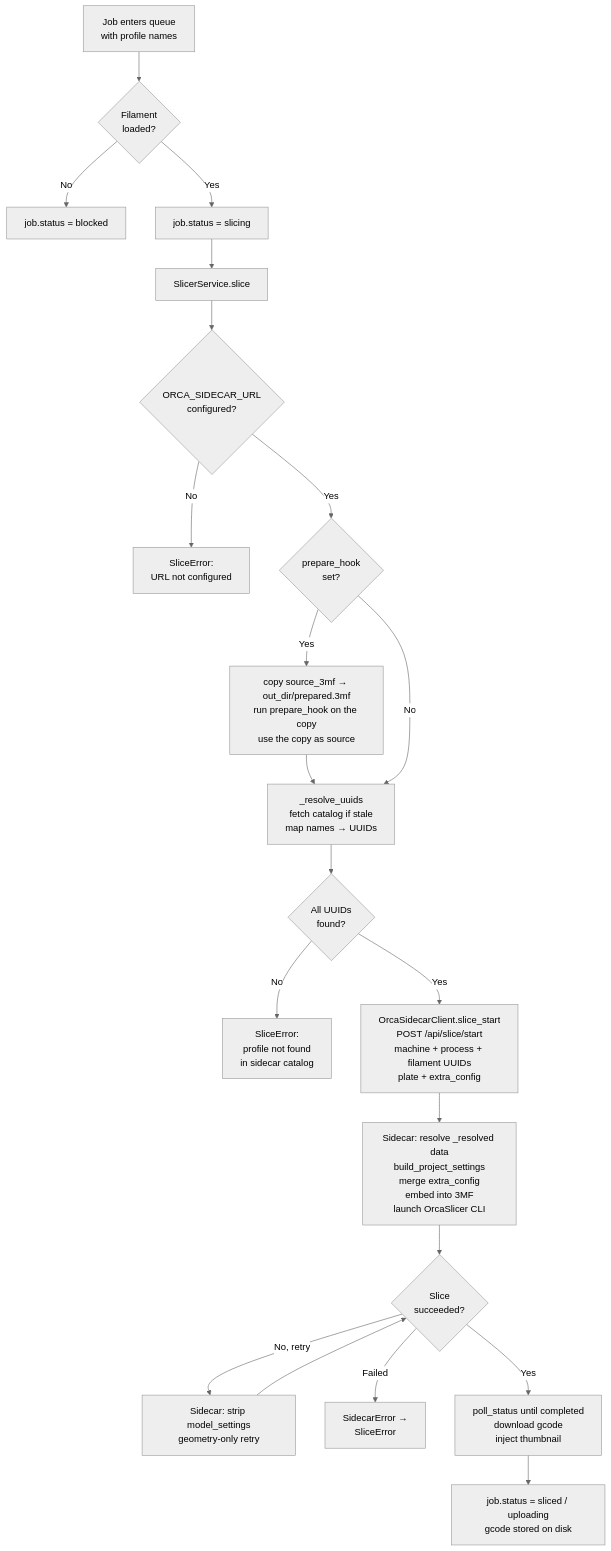
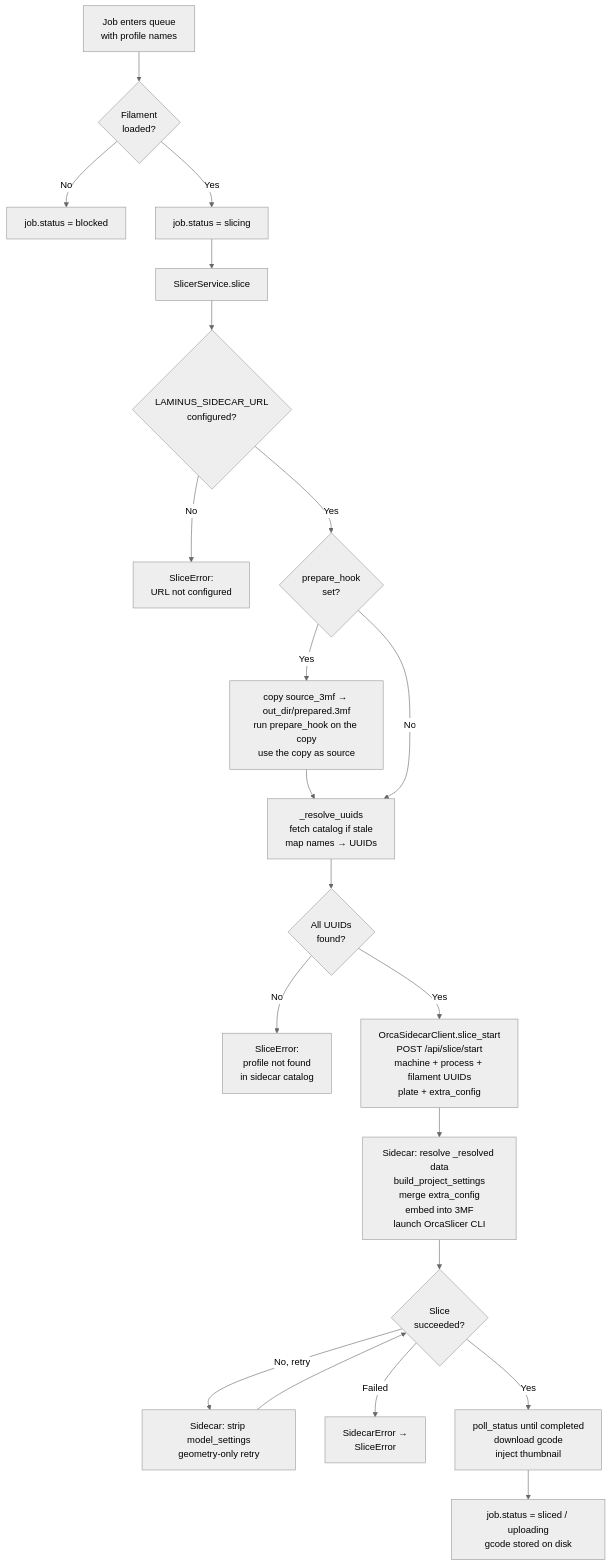
The ninth of 9 diagrams in docs/slicing-flow.md (mgomezdev/themis), drawn with Mermaid (neutral theme) before and after one commit. The commit also changed other lines of this file and 4 other files, not shown here.

````diff
--- a/docs/slicing-flow.md
+++ b/docs/slicing-flow.md
@@ -303,32 +303,32 @@
 ```mermaid
 flowchart TD
     A[Job enters queue\nwith profile names] --> B{Filament\nloaded?}
     B -- No --> C[job.status = blocked]
     B -- Yes --> D[job.status = slicing]
 
     D --> E[SlicerService.slice]
 
-    E --> F{ORCA_SIDECAR_URL\nconfigured?}
+    E --> F{LAMINUS_SIDECAR_URL\nconfigured?}
     F -- No --> FAIL1[SliceError:\nURL not configured]
 
     F -- Yes --> G{prepare_hook\nset?}
     G -- Yes --> G2[copy source_3mf → out_dir/prepared.3mf\nrun prepare_hook on the copy\nuse the copy as source]
     G2 --> H[_resolve_uuids\nfetch catalog if stale\nmap names → UUIDs]
 
     G -- No --> H
 
     H --> I{All UUIDs\nfound?}
     I -- No --> FAIL3[SliceError:\nprofile not found\nin sidecar catalog]
 
     I -- Yes --> J[OrcaSidecarClient.slice_start\nPOST /api/slice/start\nmachine + process + filament UUIDs\nplate + extra_config]
 
     J --> K[Sidecar: resolve _resolved data\nbuild_project_settings\nmerge extra_config\nembed into 3MF\nlaunch OrcaSlicer CLI]
 
     K --> L{Slice\nsucceeded?}
     L -- No, retry --> M[Sidecar: strip model_settings\ngeometry-only retry]
     M --> L
     L -- Failed --> FAIL4[SidecarError →\nSliceError]
     L -- Yes --> N[poll_status until completed\ndownload gcode\ninject thumbnail]
 
     N --> O[job.status = sliced / uploading\ngcode stored on disk]
 ```
````
